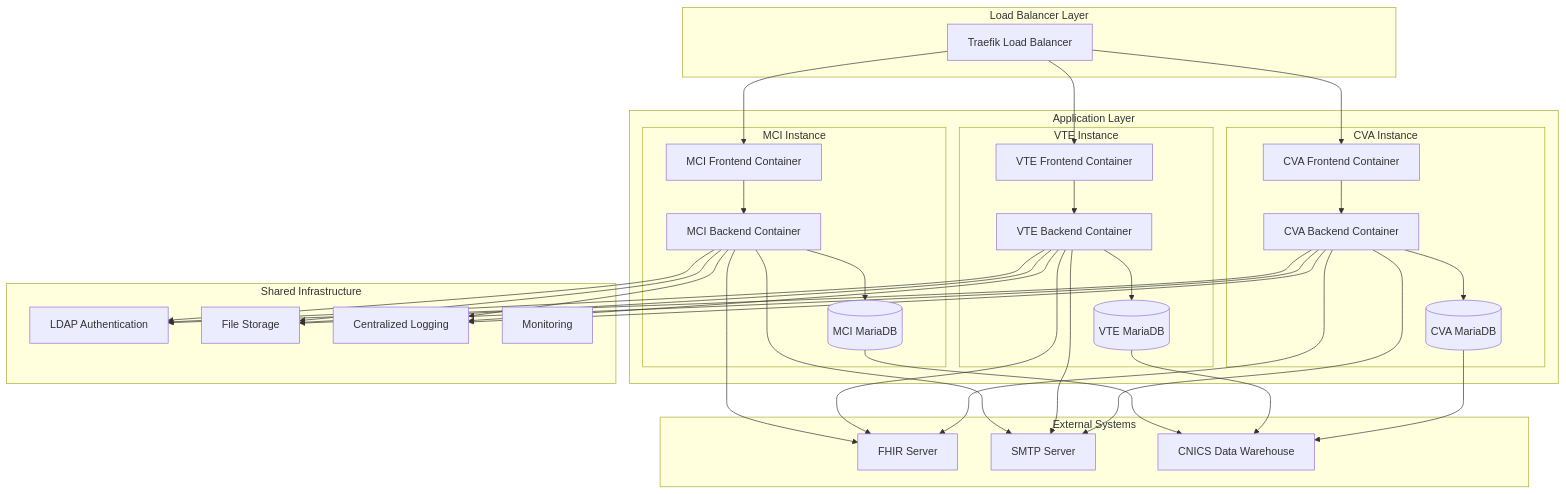
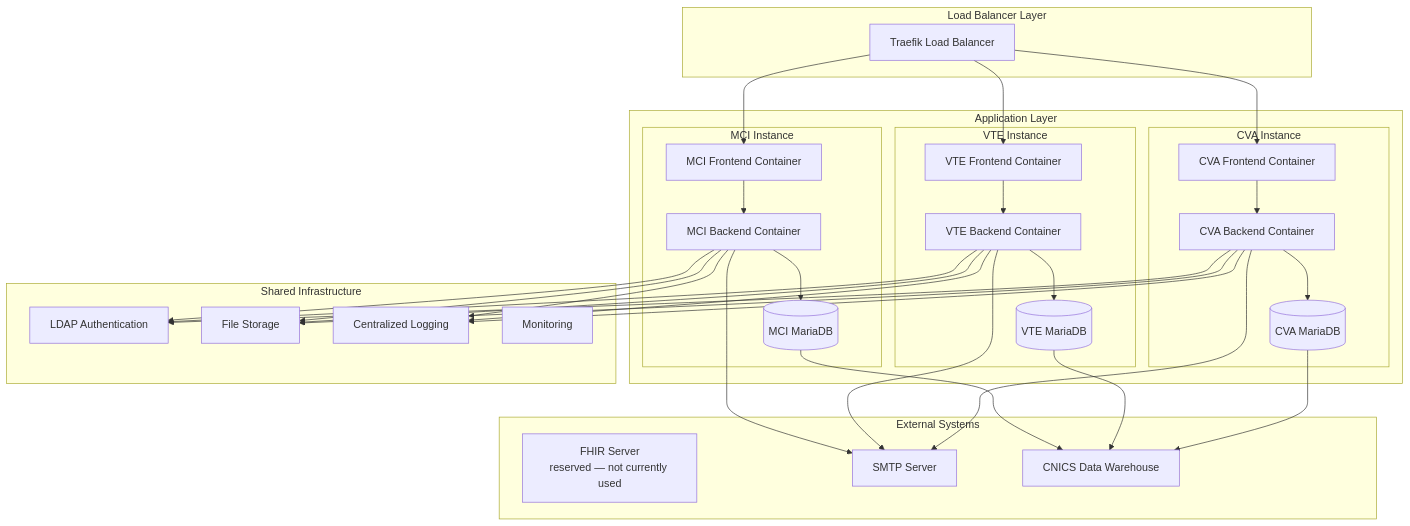
One commit to uwcirg/cnics-validation changed the first of 8 diagrams in docs/technical-architecture.md. Above: the diagram before and after it, drawn with Mermaid. The commit also changed other lines of this file and 15 other files, not shown here.

Commit message:
Did these in Claude: /speckit.specify This code references a FHIR server in several places, however there is no current need for it... Make edits to indicate that it's not currently used. /speckit.plan /speckit.tasks /speckit.implement

````diff
--- a/docs/technical-architecture.md
+++ b/docs/technical-architecture.md
@@ -5,75 +5,71 @@
 ```mermaid
 graph TB
     subgraph "Load Balancer Layer"
         LB[Traefik Load Balancer]
     end
     
     subgraph "Application Layer"
         subgraph "MCI Instance"
             MCI_FE[MCI Frontend Container]
             MCI_BE[MCI Backend Container]
             MCI_DB[(MCI MariaDB)]
         end
         
         subgraph "VTE Instance"
             VTE_FE[VTE Frontend Container]
             VTE_BE[VTE Backend Container]
             VTE_DB[(VTE MariaDB)]
         end
         
         subgraph "CVA Instance"
             CVA_FE[CVA Frontend Container]
             CVA_BE[CVA Backend Container]
             CVA_DB[(CVA MariaDB)]
         end
     end
     
     subgraph "Shared Infrastructure"
         AUTH[LDAP Authentication]
         FILES[File Storage]
         LOGS[Centralized Logging]
         MONITOR[Monitoring]
     end
     
     subgraph "External Systems"
-        FHIR[FHIR Server]
+        FHIR[FHIR Server<br/>reserved — not currently used]
         EMAIL[SMTP Server]
         CNICS[CNICS Data Warehouse]
     end
     
     LB --> MCI_FE
     LB --> VTE_FE
     LB --> CVA_FE
     
     MCI_FE --> MCI_BE
     VTE_FE --> VTE_BE
     CVA_FE --> CVA_BE
     
     MCI_BE --> MCI_DB
     VTE_BE --> VTE_DB
     CVA_BE --> CVA_DB
     
     MCI_BE --> AUTH
     VTE_BE --> AUTH
     CVA_BE --> AUTH
     
     MCI_BE --> FILES
     VTE_BE --> FILES
     CVA_BE --> FILES
     
     MCI_BE --> LOGS
     VTE_BE --> LOGS
     CVA_BE --> LOGS
     
-    MCI_BE --> FHIR
-    VTE_BE --> FHIR
-    CVA_BE --> FHIR
-    
     MCI_BE --> EMAIL
     VTE_BE --> EMAIL
     CVA_BE --> EMAIL
     
     MCI_DB --> CNICS
     VTE_DB --> CNICS
     CVA_DB --> CNICS
 ```
````
